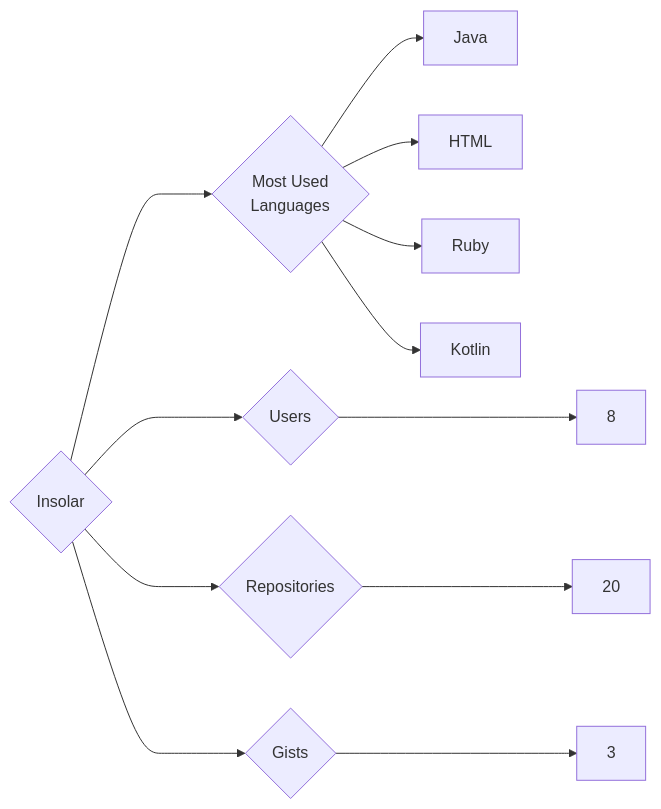
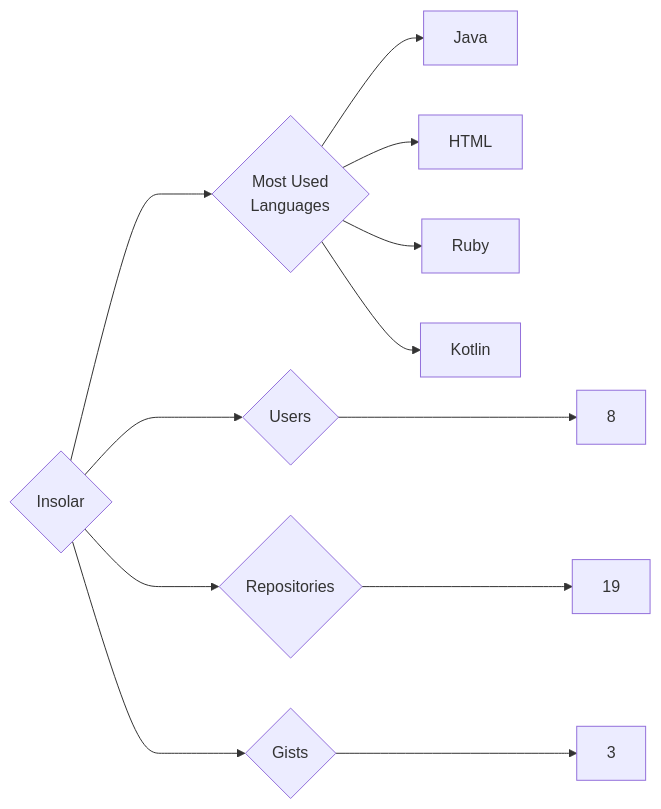
The diagram in targets/Insolar/README.md (trickest/insiders), drawn with Mermaid before and after one commit. The commit also changed 1166 other files, not shown here.

````diff
--- a/targets/Insolar/README.md
+++ b/targets/Insolar/README.md
@@ -3,12 +3,12 @@
 ```mermaid
 graph LR
 COMPANY_NAME{Insolar}
 COMPANY_NAME ---> U{Users} ---> UN[8]
-COMPANY_NAME ---> R{Repositories} ---> RN[20]
+COMPANY_NAME ---> R{Repositories} ---> RN[19]
 COMPANY_NAME ---> G{Gists} ---> GN[3]
 COMPANY_NAME ---> ML{Most Used<br>Languages}
 ML --> Java[Java]
 ML --> HTML[HTML]
 ML --> Ruby[Ruby]
 ML --> Kotlin[Kotlin]
 ```
````
